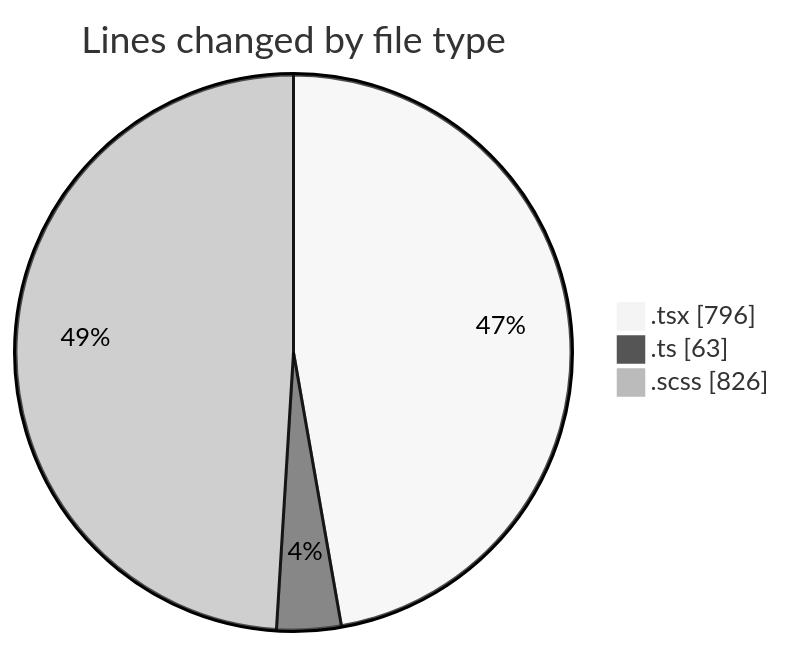
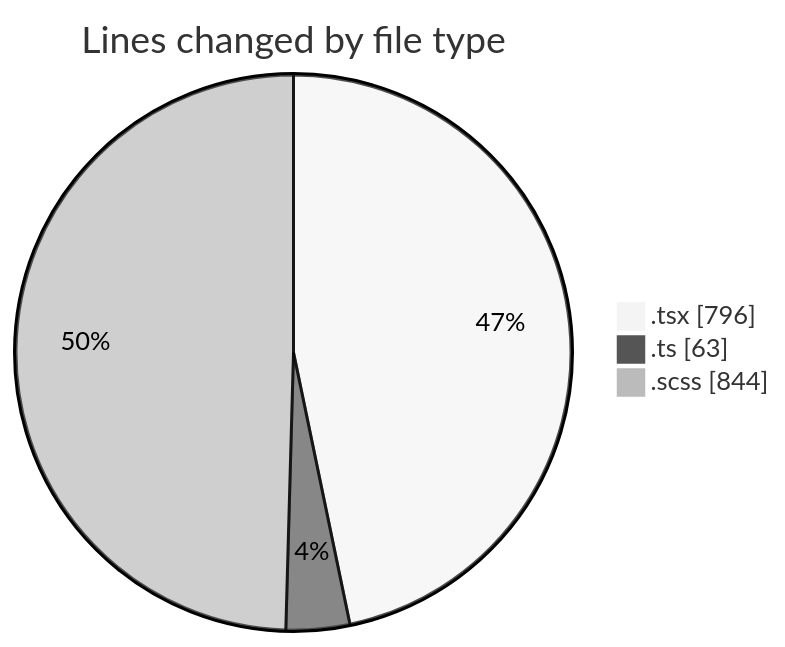
Before and after one commit to momahboobian/code-tracking: the first of 2 diagrams in 2025-04-02/cda/README.md, drawn with Mermaid (neutral theme). The commit also changed other lines of this file and 1 other file, not shown here.

````diff
--- a/2025-04-02/cda/README.md
+++ b/2025-04-02/cda/README.md
@@ -26,7 +26,7 @@
 ```mermaid
 pie showData
 title Lines changed by file type
 ".tsx" : 796
 ".ts" : 63
-".scss" : 826
+".scss" : 844
 ```
````
